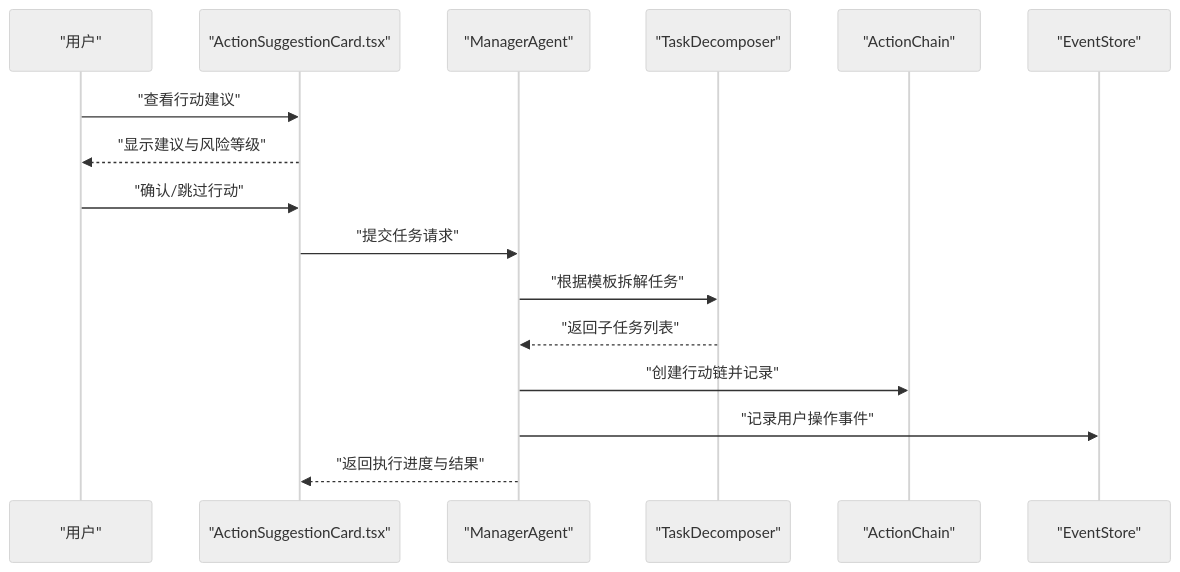
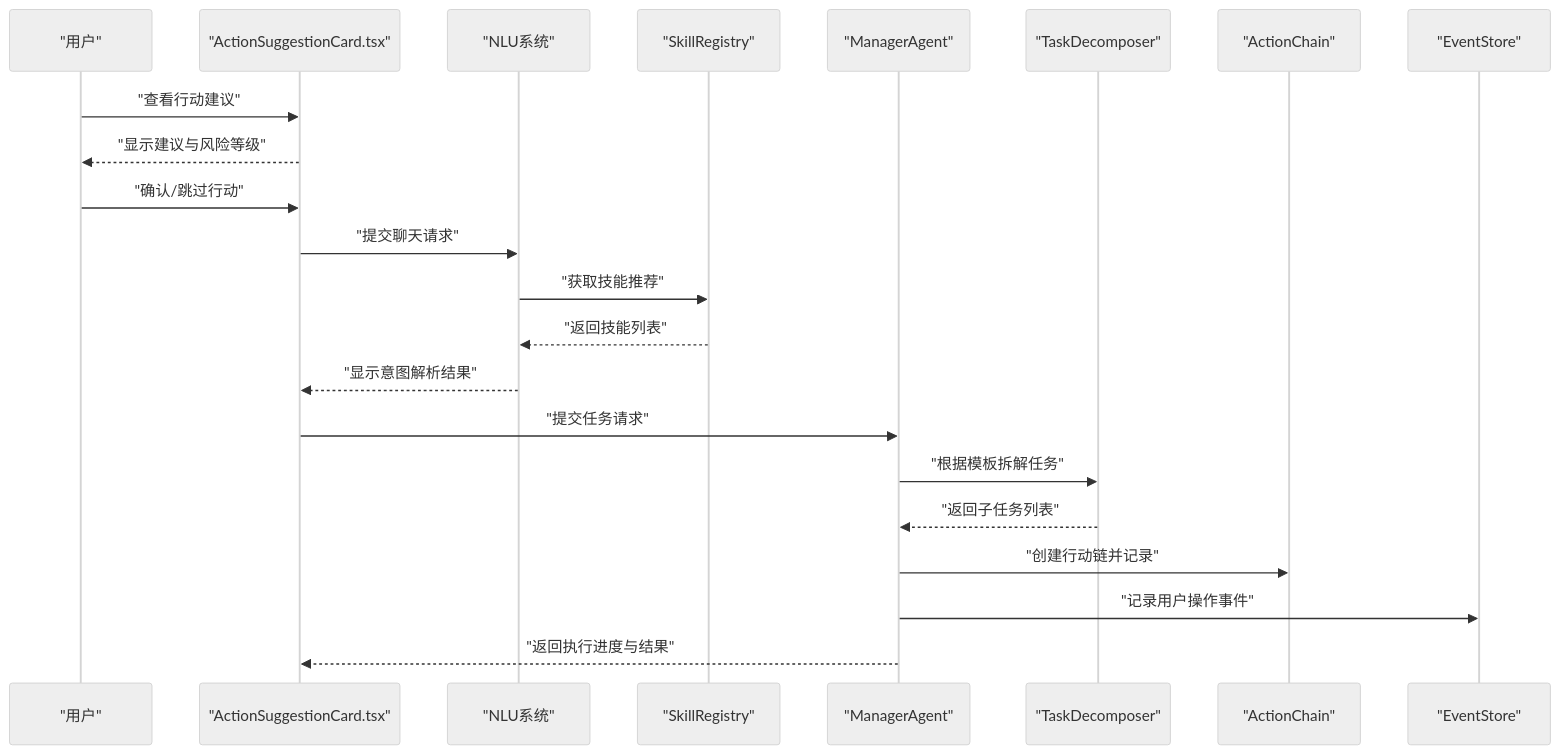
The second of 11 diagrams in .qoder/repowiki/zh/content/核心业务模块/智能代理系统/智能代理系统.md (angledick/-), drawn with Mermaid (neutral theme) before and after one commit. The commit also changed other lines of this file and 770 other files, not shown here.

````diff
--- a/.qoder/repowiki/zh/content/核心业务模块/智能代理系统/智能代理系统.md
+++ b/.qoder/repowiki/zh/content/核心业务模块/智能代理系统/智能代理系统.md
@@ -90,18 +114,24 @@
 ```mermaid
 sequenceDiagram
 participant User as "用户"
 participant UI as "ActionSuggestionCard.tsx"
+participant NLU as "NLU系统"
+participant SR as "SkillRegistry"
 participant MA as "ManagerAgent"
 participant TD as "TaskDecomposer"
 participant AC as "ActionChain"
 participant ES as "EventStore"
 User->>UI : "查看行动建议"
 UI-->>User : "显示建议与风险等级"
 User->>UI : "确认/跳过行动"
+UI->>NLU : "提交聊天请求"
+NLU->>SR : "获取技能推荐"
+SR-->>NLU : "返回技能列表"
+NLU-->>UI : "显示意图解析结果"
 UI->>MA : "提交任务请求"
 MA->>TD : "根据模板拆解任务"
 TD-->>MA : "返回子任务列表"
 MA->>AC : "创建行动链并记录"
 MA->>ES : "记录用户操作事件"
 MA-->>UI : "返回执行进度与结果"
 ```
````
